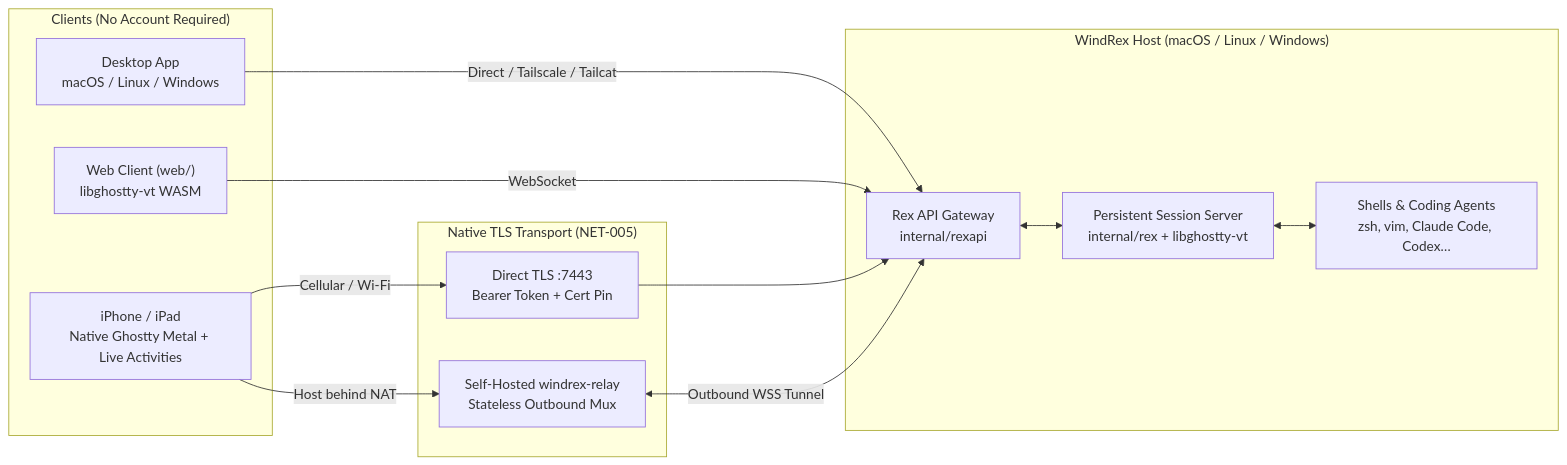
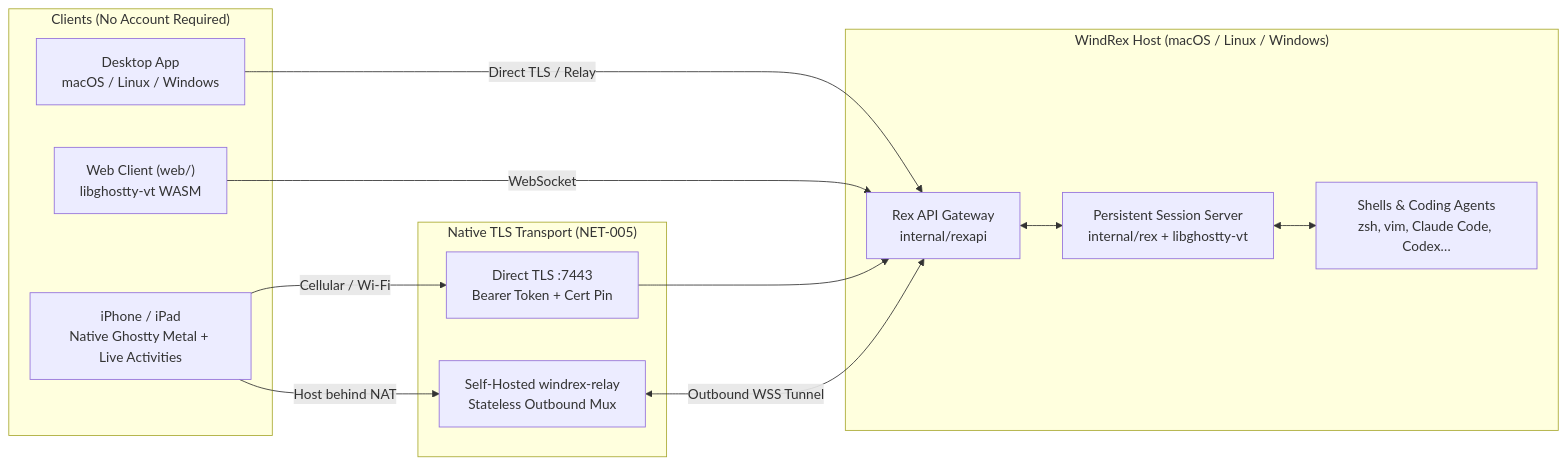
Before and after one commit to windzu/wind-rex: the diagram in README.md, drawn with Mermaid. The commit also changed other lines of this file and 167 other files, not shown here.

Commit message:
Remove built-in Tailscale, tailcat, and gomobile across Go, desktop, server, and web (#57)

````diff
--- a/README.md
+++ b/README.md
@@ -50,27 +50,27 @@
 ```mermaid
 flowchart LR
     subgraph Clients["Clients (No Account Required)"]
         IOS["iPhone / iPad<br/>Native Ghostty Metal + Live Activities"]
         MAC["Desktop App<br/>macOS / Linux / Windows"]
         WEB["Web Client (web/)<br/>libghostty-vt WASM"]
     end
 
     subgraph Transport["Native TLS Transport (NET-005)"]
         DIRECT["Direct TLS :7443<br/>Bearer Token + Cert Pin"]
         RELAY["Self-Hosted windrex-relay<br/>Stateless Outbound Mux"]
     end
 
     subgraph Host["WindRex Host (macOS / Linux / Windows)"]
         GW["Rex API Gateway<br/>internal/rexapi"]
         SRV["Persistent Session Server<br/>internal/rex + libghostty-vt"]
         SH["Shells &amp; Coding Agents<br/>zsh, vim, Claude Code, Codex…"]
         GW <--> SRV <--> SH
     end
 
     IOS -->|Cellular / Wi-Fi| DIRECT
     IOS -->|Host behind NAT| RELAY
-    MAC -->|Direct / Tailscale / Tailcat| GW
+    MAC -->|Direct TLS / Relay| GW
     WEB -->|WebSocket| GW
     DIRECT --> GW
     RELAY <-->|Outbound WSS Tunnel| GW
 ```
````
